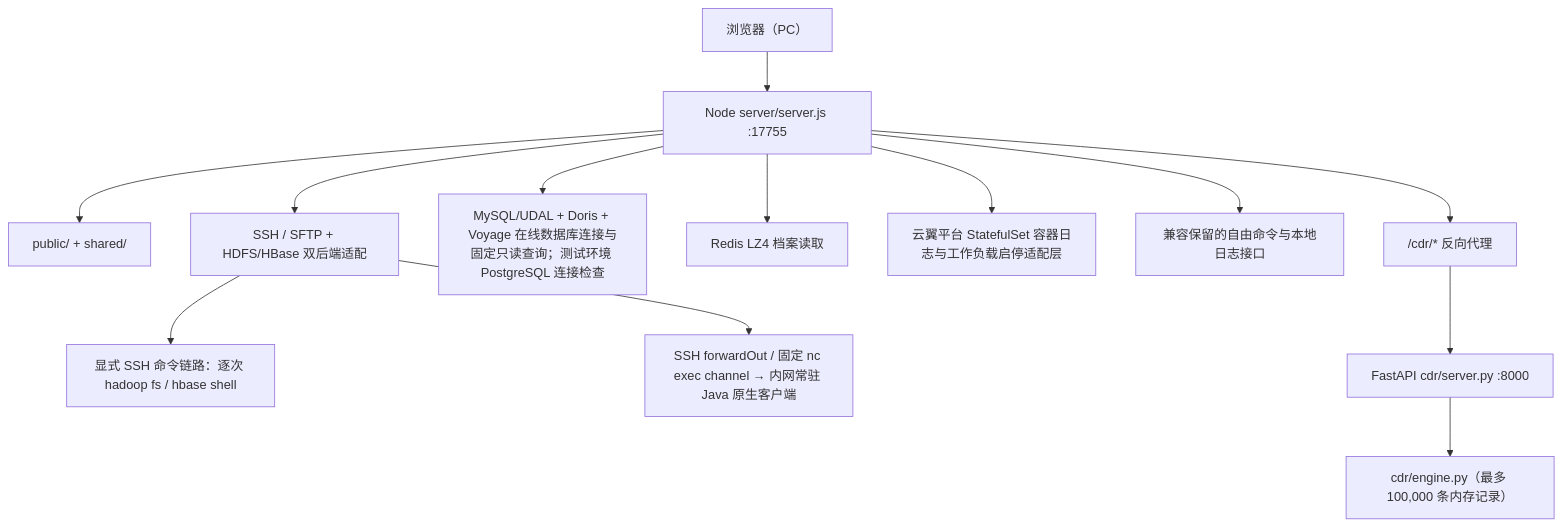
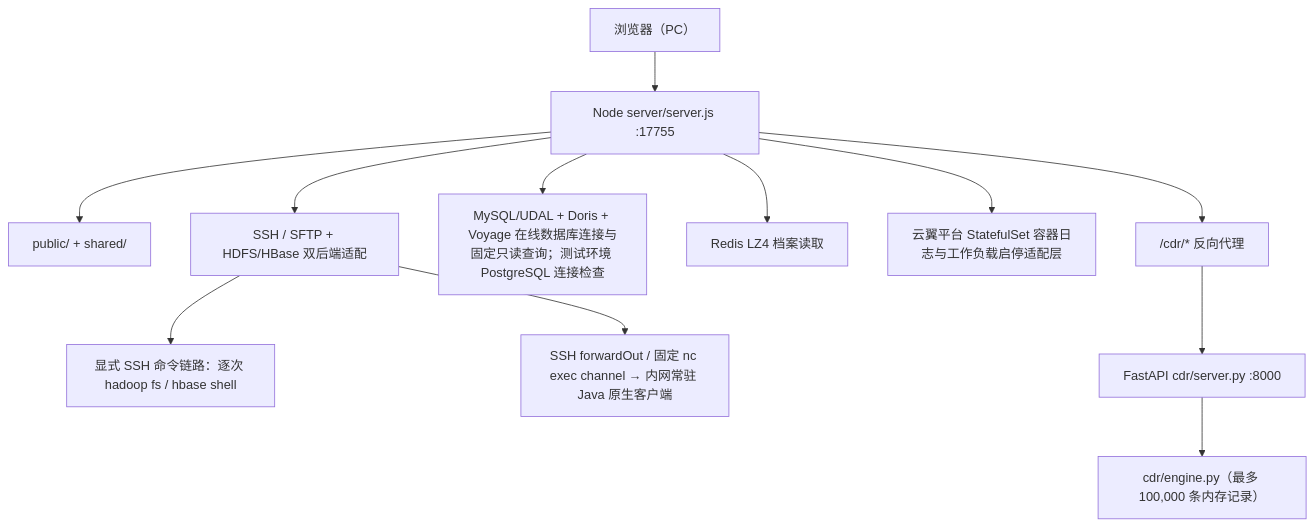
One commit to lrwei91/server-workbench changed the diagram in overview.md. Above: the diagram before and after it, drawn with Mermaid. The commit also changed other lines of this file and 30 other files, not shown here.

````diff
--- a/overview.md
+++ b/overview.md
@@ -9,15 +9,14 @@
 ```mermaid
 graph TD
   B["浏览器（PC）"] --> N["Node server/server.js :17755"]
   N --> P["public/ + shared/"]
   N --> S["SSH / SFTP + HDFS/HBase 双后端适配"]
   S --> S1["显式 SSH 命令链路：逐次 hadoop fs / hbase shell"]
   S --> S2["SSH forwardOut / 固定 nc exec channel → 内网常驻 Java 原生客户端"]
   N --> D["MySQL/UDAL + Doris + Voyage 在线数据库连接与固定只读查询；测试环境 PostgreSQL 连接检查"]
   N --> R["Redis LZ4 档案读取"]
   N --> K["云翼平台 StatefulSet 容器日志与工作负载启停适配层"]
-  N --> F["兼容保留的自由命令与本地日志接口"]
   N --> C["/cdr/* 反向代理"]
   C --> F2["FastAPI cdr/server.py :8000"]
   F2 --> E["cdr/engine.py（最多 100,000 条内存记录）"]
 ```
````
